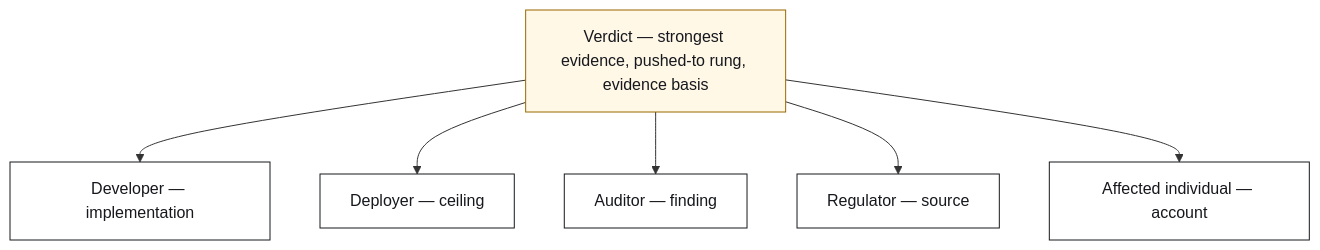
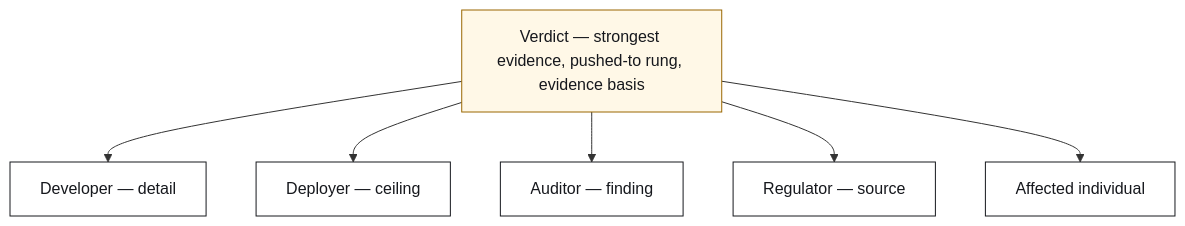
The seventh of 7 diagrams in docs/architecture.md (eduardstan/reasonsmith), drawn with Mermaid before and after one commit. The commit also changed other lines of this file, not shown here.

Commit message:
docs: keep projection labels readable

````diff
--- a/docs/architecture.md
+++ b/docs/architecture.md
@@ -140,20 +140,20 @@
 ```mermaid
 flowchart TB
     verdict["Verdict — strongest evidence, pushed-to rung, evidence basis"]
-    developer["Developer — implementation"]
+    developer["Developer — detail"]
     deployer["Deployer — ceiling"]
     auditor["Auditor — finding"]
     regulator["Regulator — source"]
-    individual["Affected individual — account"]
+    individual["Affected individual"]
 
     verdict --> developer
     verdict --> deployer
     verdict --> auditor
     verdict --> regulator
     verdict --> individual
 
     classDef outcome fill:#fff8e7,stroke:#9a6700,color:#16181d
     classDef audience fill:#ffffff,stroke:#16181d,color:#16181d
     class verdict outcome
     class developer,deployer,auditor,regulator,individual audience
 ```
````
